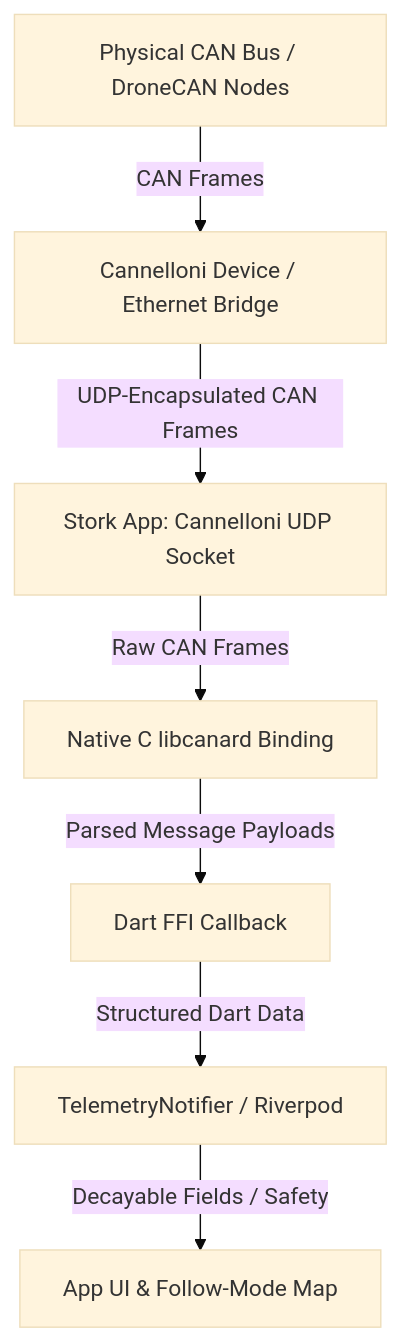
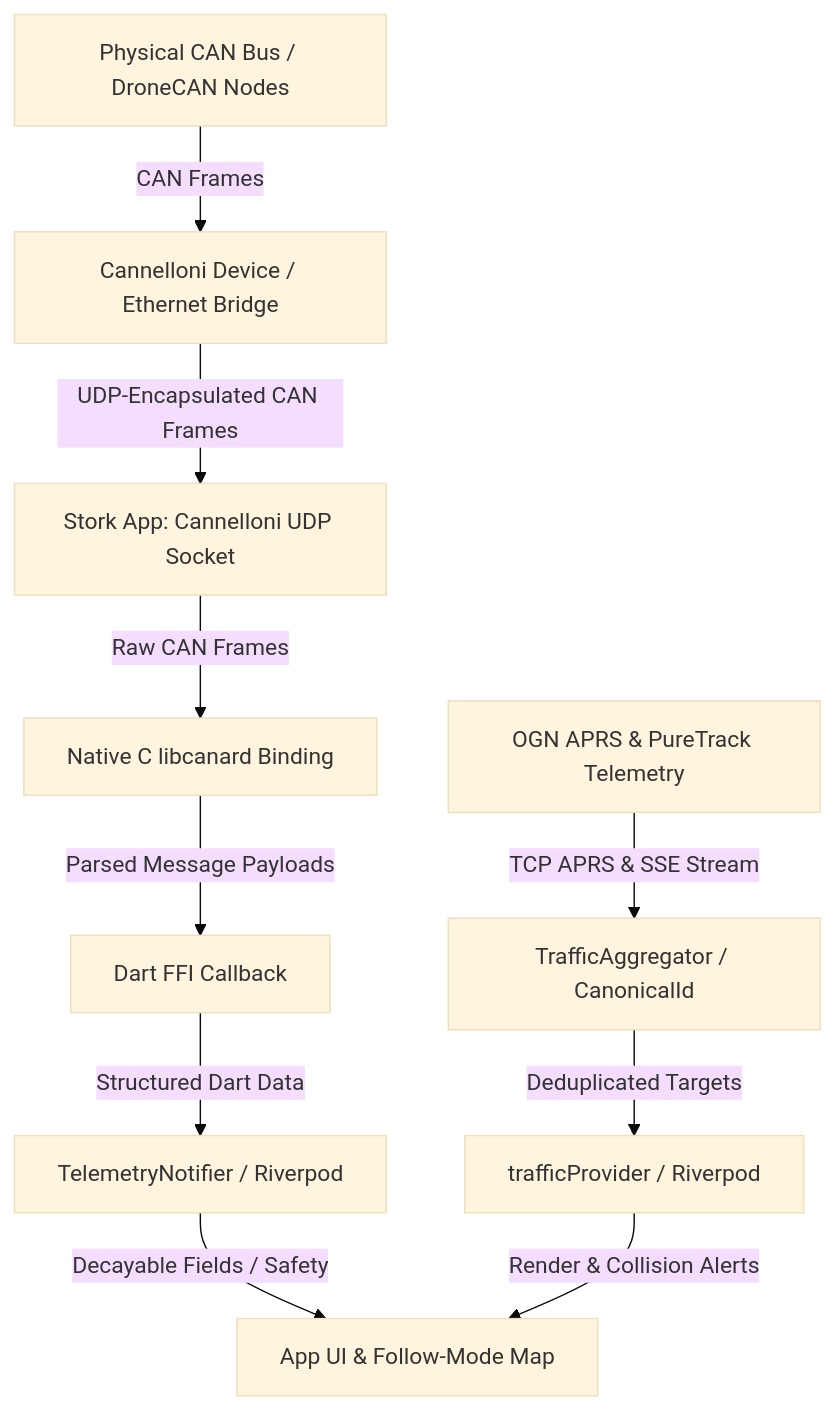
One commit to jobes/stork changed the diagram in documentation/architecture/telemetry-architecture.md. Above: the diagram before and after it, drawn with Mermaid (base theme). The commit also changed other lines of this file and 4 other files, not shown here.

Commit message:
feat: integrate PureTrack telemetry service with multi-source traffic aggregation and configurable filtering settings

````diff
--- a/documentation/architecture/telemetry-architecture.md
+++ b/documentation/architecture/telemetry-architecture.md
@@ -13,10 +13,14 @@
 ```mermaid
 graph TD
     A[Physical CAN Bus / DroneCAN Nodes]
     A -->|CAN Frames| B[Cannelloni Device / Ethernet Bridge]
     B -->|UDP-Encapsulated CAN Frames| C[Stork App: Cannelloni UDP Socket]
     C -->|Raw CAN Frames| D[Native C libcanard Binding]
     D -->|Parsed Message Payloads| E[Dart FFI Callback]
     E -->|Structured Dart Data| F[TelemetryNotifier / Riverpod]
     F -->|Decayable Fields / Safety| G[App UI & Follow-Mode Map]
+
+    H[OGN APRS & PureTrack Telemetry] -->|TCP APRS & SSE Stream| I[TrafficAggregator / CanonicalId]
+    I -->|Deduplicated Targets| J[trafficProvider / Riverpod]
+    J -->|Render & Collision Alerts| G
 ```
````
